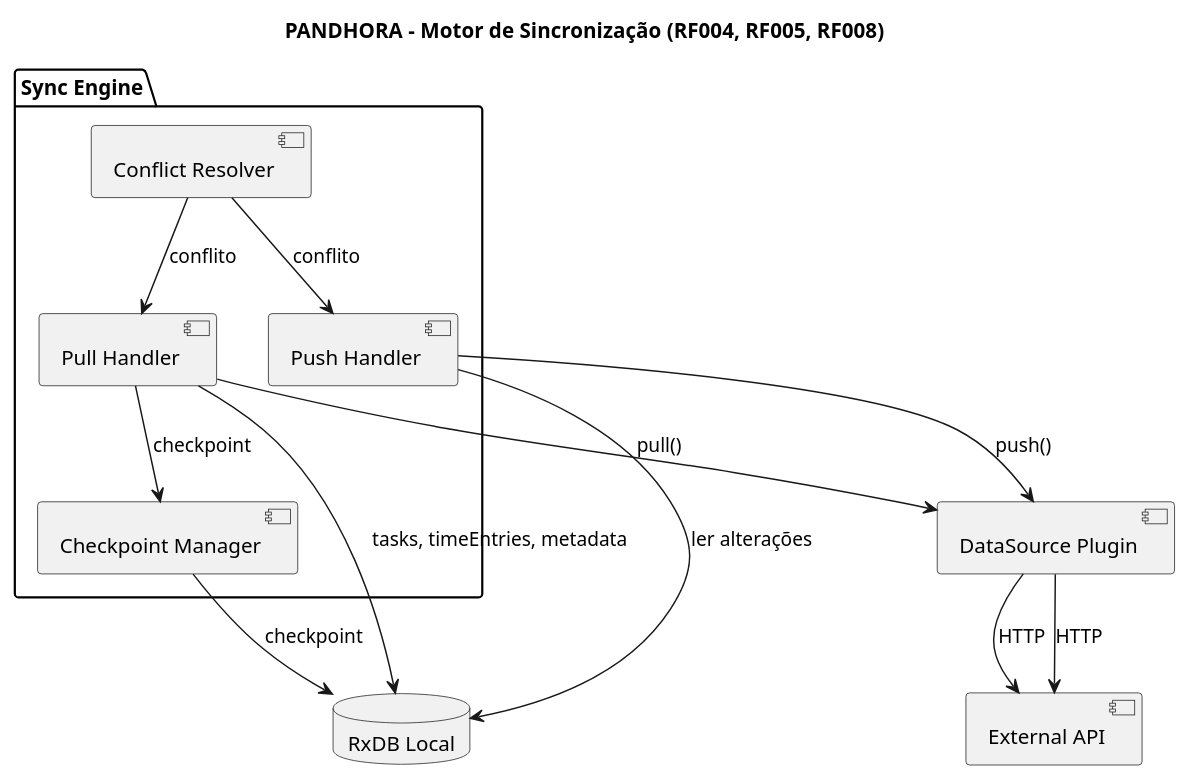
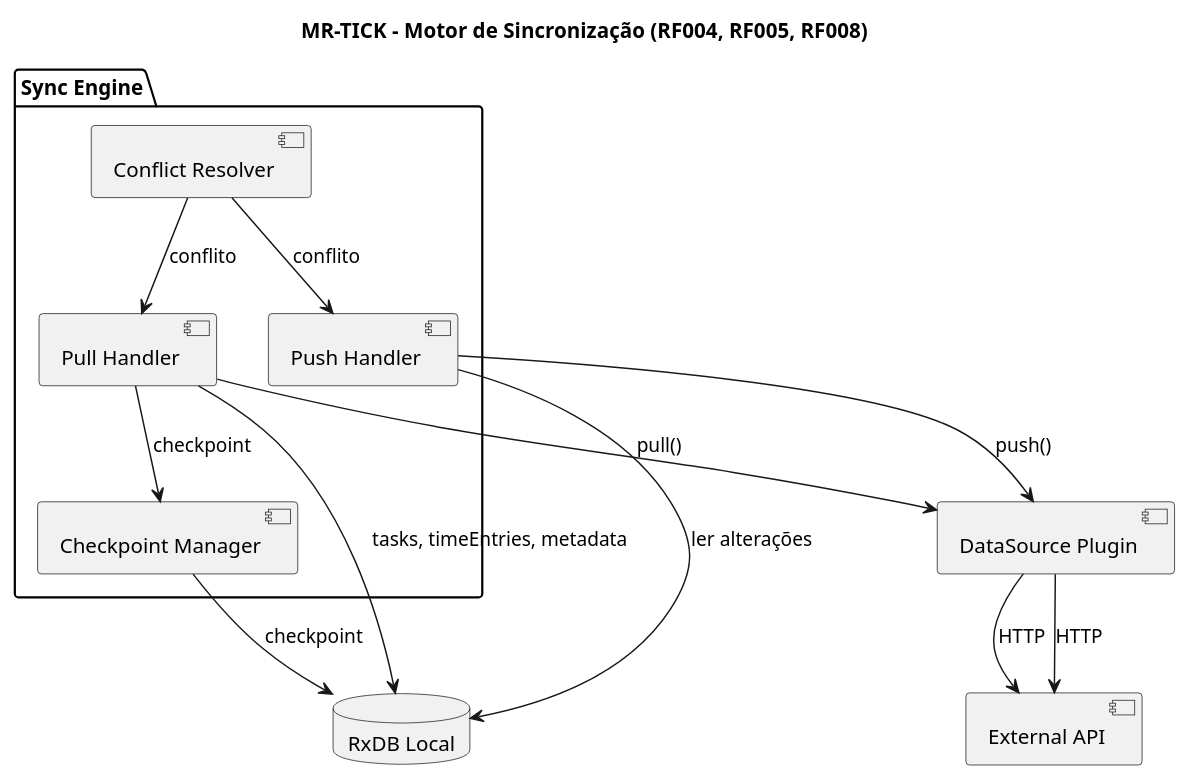
One commit to Gustavohps10/gamhora changed the diagram in docs/srs/diagrams/puml/infra/diagram-infra-003-sync-engine.puml. Above: the diagram before and after it, drawn with PlantUML. The commit also changed 329 other files, not shown here.

```diff
--- a/docs/srs/diagrams/puml/infra/diagram-infra-003-sync-engine.puml
+++ b/docs/srs/diagrams/puml/infra/diagram-infra-003-sync-engine.puml
@@ -1,24 +1,24 @@
 @startuml SyncEngine
-title PANDHORA - Motor de Sincronização (RF004, RF005, RF008)
+title MR-TICK - Motor de Sincronização (RF004, RF005, RF008)
 package "Sync Engine" {
     component "Checkpoint Manager" as Checkpoint
     component "Pull Handler" as Pull
     component "Push Handler" as Push
     component "Conflict Resolver" as Conflict
 }
 
 database "RxDB Local" as RxDB
 component [DataSource Plugin] as Plugin
 component [External API] as ExtAPI
 
 Checkpoint --> RxDB : checkpoint
 Pull --> Checkpoint : checkpoint
 Pull --> Plugin : pull()
 Plugin --> ExtAPI : HTTP
 Pull --> RxDB : tasks, timeEntries, metadata
 Push --> RxDB : ler alterações
 Push --> Plugin : push()
 Plugin --> ExtAPI : HTTP
 Conflict --> Pull : conflito
 Conflict --> Push : conflito
 @enduml
```
